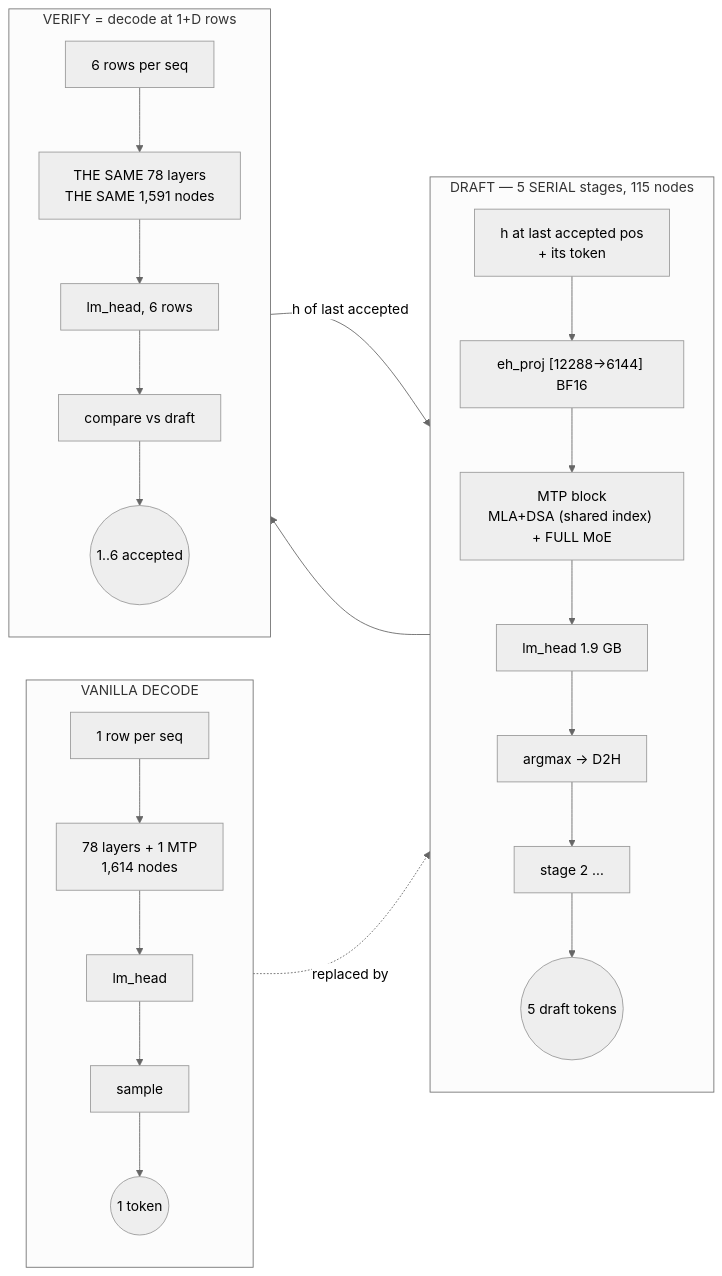
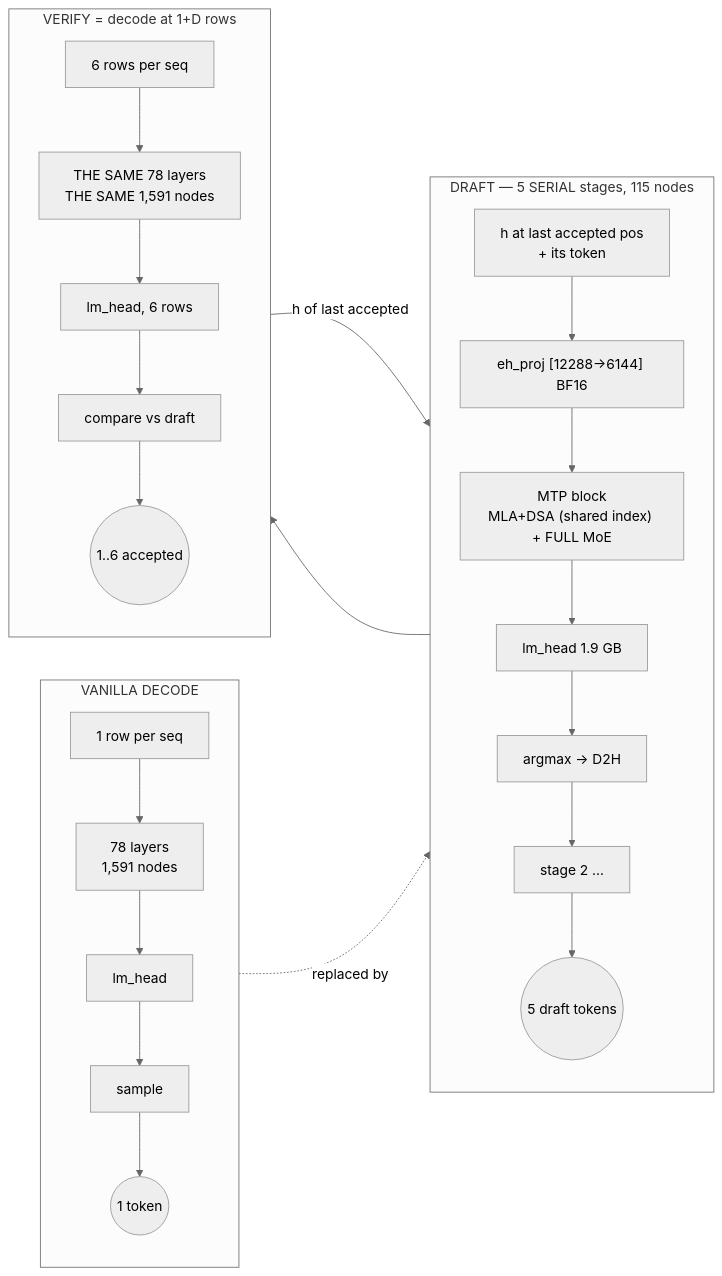
One commit to GitM-Labs/runtime changed the second of 2 diagrams in docs/glm-5.2/DESIGN-NOTE.md. Above: the diagram before and after it, drawn with Mermaid. The commit also changed other lines of this file and 2 other files, not shown here.

````diff
--- a/docs/glm-5.2/DESIGN-NOTE.md
+++ b/docs/glm-5.2/DESIGN-NOTE.md
@@ -321,25 +321,25 @@
 ```mermaid
 %%{init: {'theme':'neutral'}}%%
 flowchart LR
   subgraph V["VANILLA DECODE"]
     direction TB
-    v1["1 row per seq"] --> v2["78 layers + 1 MTP<br/>1,614 nodes"] --> v3["lm_head"] --> v4["sample"]
+    v1["1 row per seq"] --> v2["78 layers<br/>1,591 nodes"] --> v3["lm_head"] --> v4["sample"]
     v4 --> v5(("1 token"))
   end
   subgraph D["DRAFT — 5 SERIAL stages, 115 nodes"]
     direction TB
     d0["h at last accepted pos<br/>+ its token"] --> eh["eh_proj [12288→6144] BF16"]
     eh --> d1["MTP block<br/>MLA+DSA (shared index) + FULL MoE"]
     d1 --> dl1["lm_head 1.9 GB"] --> ds1["argmax → D2H"] --> d2["stage 2 …"]
     d2 --> dt(("5 draft tokens"))
   end
   subgraph W["VERIFY = decode at 1+D rows"]
     direction TB
     w1["6 rows per seq"] --> w2["THE SAME 78 layers<br/>THE SAME 1,591 nodes"]
     w2 --> w3["lm_head, 6 rows"] --> w4["compare vs draft"]
     w4 --> w5(("1..6 accepted"))
   end
   v5 -.->|replaced by| dt
   dt --> w1
   w5 -->|"h of last accepted"| d0
 ```
````
